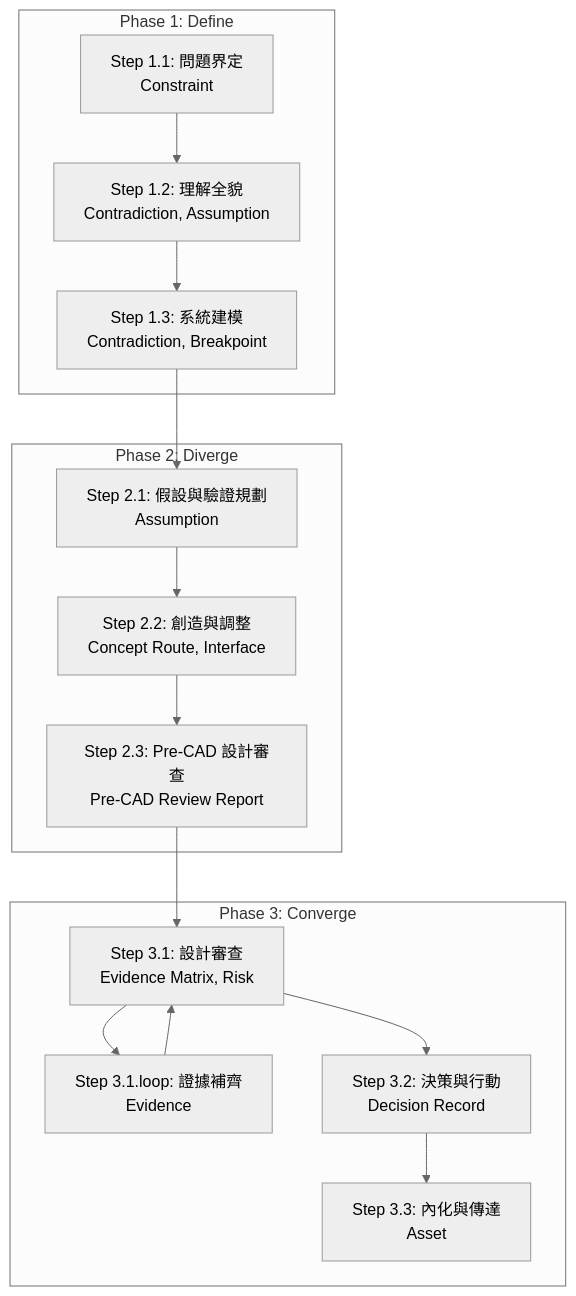
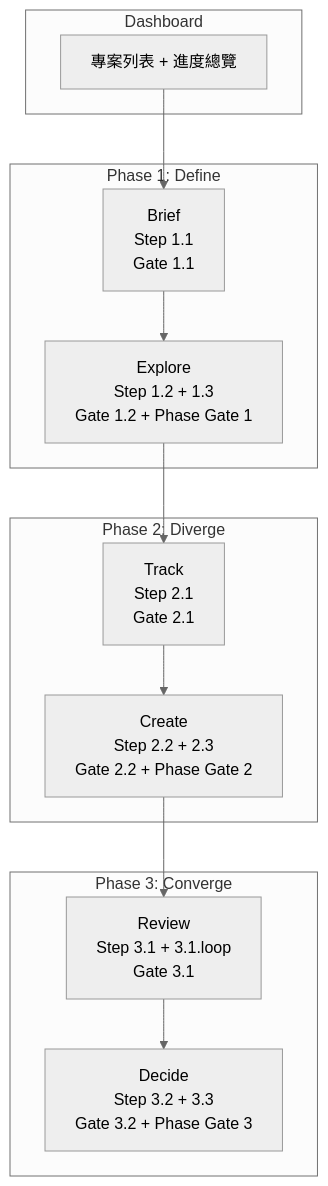
Before and after one commit to Zenobia000/AutoTRIZ_smart_design: the second of 5 diagrams in rd_assistant_design_system/universal_template/output/00_blueprint/RD_Design_Copilot_frontend_blueprint.md, drawn with Mermaid (neutral theme). The commit also changed other lines of this file and 37 other files, not shown here.

First line of the commit message:
docs: rewrite UI design system to 6+1 page architecture with Apple philosophy

````diff
--- a/rd_assistant_design_system/universal_template/output/00_blueprint/RD_Design_Copilot_frontend_blueprint.md
+++ b/rd_assistant_design_system/universal_template/output/00_blueprint/RD_Design_Copilot_frontend_blueprint.md
@@ -571,19 +657,24 @@
 ```mermaid
 graph TB
+    subgraph "Dashboard"
+        D0[專案列表 + 進度總覽]
+    end
     subgraph "Phase 1: Define"
-        S1_1_IA[Step 1.1: 問題界定<br/>Constraint] --> S1_2_IA[Step 1.2: 理解全貌<br/>Contradiction, Assumption]
-        S1_2_IA --> S1_3_IA[Step 1.3: 系統建模<br/>Contradiction, Breakpoint]
+        P1_Brief[Brief<br/>Step 1.1<br/>Gate 1.1]
+        P1_Explore[Explore<br/>Step 1.2 + 1.3<br/>Gate 1.2 + Phase Gate 1]
     end
     subgraph "Phase 2: Diverge"
-        S2_1_IA[Step 2.1: 假設與驗證規劃<br/>Assumption] --> S2_2_IA[Step 2.2: 創造與調整<br/>Concept Route, Interface]
-        S2_2_IA --> S2_3_IA[Step 2.3: Pre-CAD 設計審查<br/>Pre-CAD Review Report]
+        P2_Track[Track<br/>Step 2.1<br/>Gate 2.1]
+        P2_Create[Create<br/>Step 2.2 + 2.3<br/>Gate 2.2 + Phase Gate 2]
     end
     subgraph "Phase 3: Converge"
-        S3_1_IA[Step 3.1: 設計審查<br/>Evidence Matrix, Risk] --> S3_1_loop_IA[Step 3.1.loop: 證據補齊<br/>Evidence]
-        S3_1_loop_IA --> S3_1_IA
-        S3_1_IA --> S3_2_IA[Step 3.2: 決策與行動<br/>Decision Record]
-        S3_2_IA --> S3_3_IA[Step 3.3: 內化與傳達<br/>Asset]
+        P3_Review[Review<br/>Step 3.1 + 3.1.loop<br/>Gate 3.1]
+        P3_Decide[Decide<br/>Step 3.2 + 3.3<br/>Gate 3.2 + Phase Gate 3]
     end
-    S1_3_IA --> S2_1_IA
-    S2_3_IA --> S3_1_IA
+    D0 --> P1_Brief
+    P1_Brief --> P1_Explore
+    P1_Explore --> P2_Track
+    P2_Track --> P2_Create
+    P2_Create --> P3_Review
+    P3_Review --> P3_Decide
 ```
````
